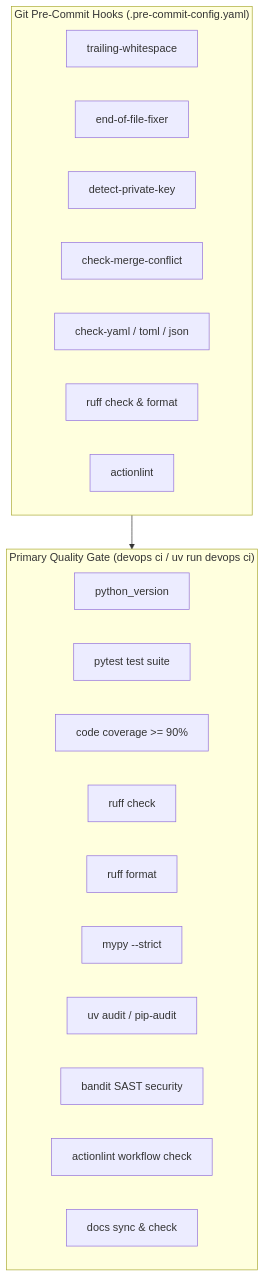
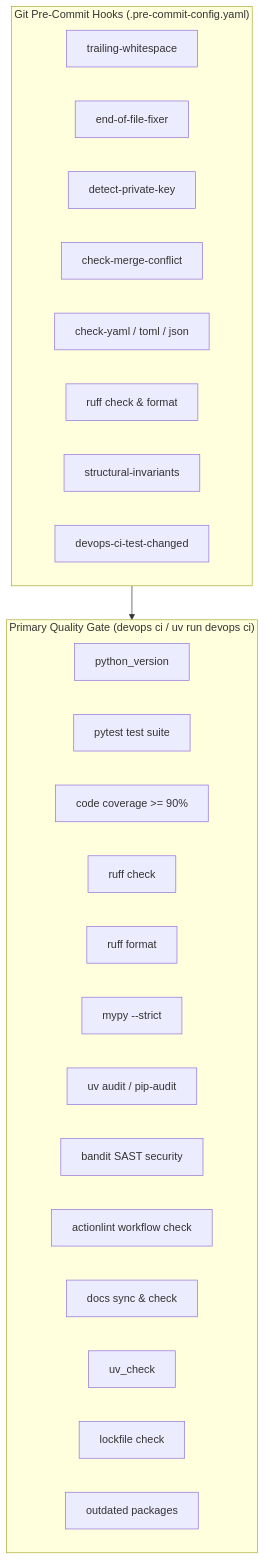
The fifth of 8 diagrams in docs/SDLC.md (dan-petty/devops-cli), drawn with Mermaid before and after one commit. The commit also changed other lines of this file and 191 other files, not shown here.

````diff
--- a/docs/SDLC.md
+++ b/docs/SDLC.md
@@ -153,27 +153,31 @@
 ```mermaid
 flowchart TD
     subgraph PreCommit["Git Pre-Commit Hooks (.pre-commit-config.yaml)"]
         H1[trailing-whitespace]
         H2[end-of-file-fixer]
         H3[detect-private-key]
         H4[check-merge-conflict]
         H5[check-yaml / toml / json]
         H6[ruff check & format]
-        H7[actionlint]
+        H7[structural-invariants]
+        H8[devops-ci-test-changed]
     end
 
     subgraph CIQualityGate["Primary Quality Gate (devops ci / uv run devops ci)"]
         G1[python_version]
         G2[pytest test suite]
         G3[code coverage >= 90%]
         G4[ruff check]
         G5[ruff format]
         G6[mypy --strict]
         G7[uv audit / pip-audit]
         G8[bandit SAST security]
         G9[actionlint workflow check]
         G10[docs sync & check]
+        G11[uv_check]
+        G12[lockfile check]
+        G13[outdated packages]
     end
 
     PreCommit --> CIQualityGate
 ```
````
